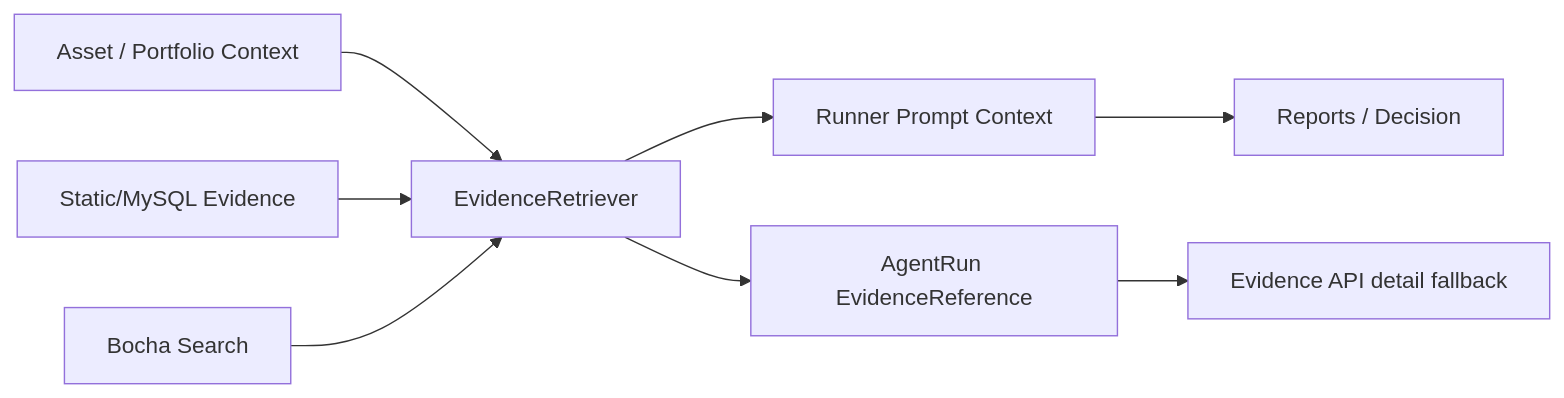
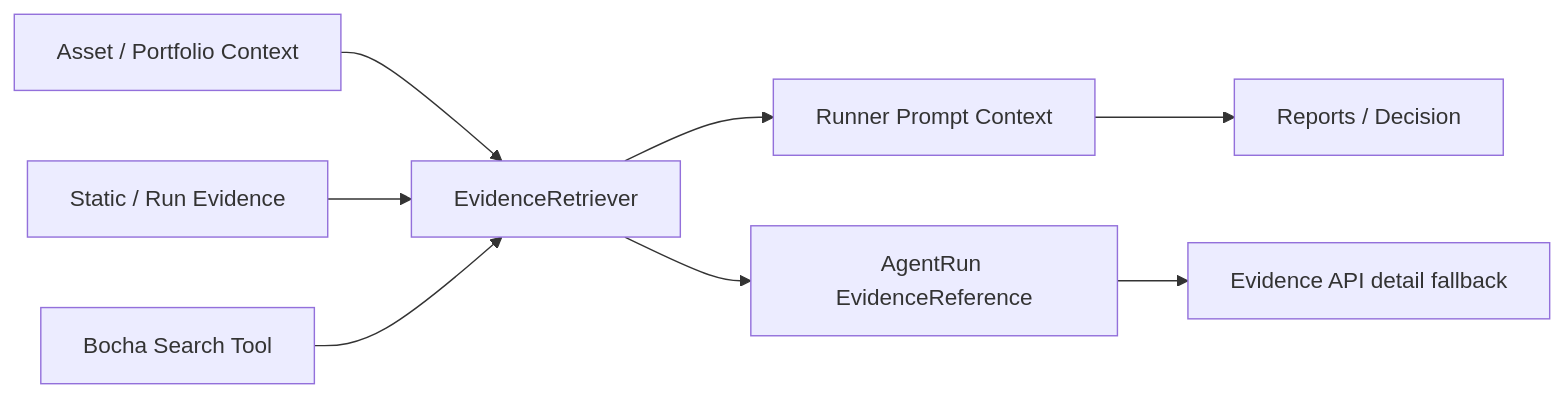
The third of 3 diagrams in docs/ARCHITECTURE.md (Bodiva/Hyper-Alpha-Arena), drawn with Mermaid before and after one commit. The commit also changed other lines of this file and 18 other files, not shown here.

````diff
--- a/docs/ARCHITECTURE.md
+++ b/docs/ARCHITECTURE.md
@@ -249,10 +252,10 @@
 ```mermaid
 flowchart LR
   Asset["Asset / Portfolio Context"] --> Retriever["EvidenceRetriever"]
-  Static["Static/MySQL Evidence"] --> Retriever
-  Bocha["Bocha Search"] --> Retriever
+  Static["Static / Run Evidence"] --> Retriever
+  Bocha["Bocha Search Tool"] --> Retriever
   Retriever --> Prompt["Runner Prompt Context"]
   Prompt --> Reports["Reports / Decision"]
   Retriever --> EvidenceRefs["AgentRun EvidenceReference"]
   EvidenceRefs --> EvidenceAPI["Evidence API detail fallback"]
 ```
````
